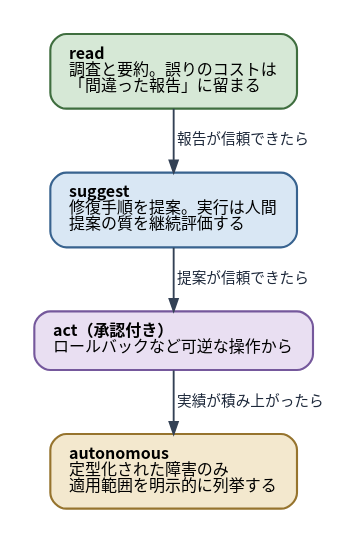
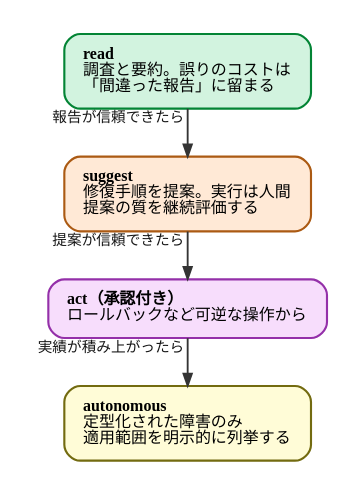
One commit to ymotongpoo/zenn.dev changed the diagram in diagrams/observability-platform-with-otel/20260926-autonomy-stages.dot. Above: the diagram before and after it, drawn with Graphviz. The commit also changed 33 other files, not shown here.

First line of the commit message:
fix(otel-platform): 図16枚を book-diagram-graphviz の規範へ移行する

```diff
--- a/diagrams/observability-platform-with-otel/20260926-autonomy-stages.dot
+++ b/diagrams/observability-platform-with-otel/20260926-autonomy-stages.dot
@@ -1,29 +1,29 @@
 // 自律運用への権限の段階
 digraph autonomy_stages {
   graph [
-    fontname="Harano Aji Gothic,Noto Sans CJK JP,IPAGothic", fontsize=13,
-    rankdir=TB, compound=true, splines=true,
+    fontname="IBM Plex Sans JP", fontsize=13,
+    rankdir=TB, compound=true, splines=ortho,
     nodesep=0.5, ranksep=0.5, pad=0.25,
     bgcolor="white", newrank=true
   ];
   node [
-    fontname="Harano Aji Gothic,Noto Sans CJK JP,IPAGothic", fontsize=12,
+    fontname="IBM Plex Sans JP", fontsize=12,
     shape=box, style="rounded,filled",
-    fillcolor="#F1F5F9", color="#475569", penwidth=1.6,
+    fillcolor="#E4E4E4", color="#4A4A4A", penwidth=1.6,
     margin="0.2,0.14"
   ];
   edge [
-    fontname="Harano Aji Gothic,Noto Sans CJK JP,IPAGothic", fontsize=11,
-    color="#334155", penwidth=1.4, arrowsize=0.9,
-    fontcolor="#1E293B"
+    fontname="IBM Plex Sans JP", fontsize=11,
+    color="#343434", penwidth=1.4, arrowsize=0.9,
+    fontcolor="#171717"
   ];
 
-  read [label=<<b>read</b><br align="left"/>調査と要約。誤りのコストは<br align="left"/>「間違った報告」に留まる<br align="left"/>>, fillcolor="#D6E8D6", color="#3F6E3F"];
-  suggest [label=<<b>suggest</b><br align="left"/>修復手順を提案。実行は人間<br align="left"/>提案の質を継続評価する<br align="left"/>>, fillcolor="#D9E7F4", color="#38638F"];
-  act [label=<<b>act（承認付き）</b><br align="left"/>ロールバックなど可逆な操作から<br align="left"/>>, fillcolor="#E9DFF2", color="#75589C"];
-  autonomous [label=<<b>autonomous</b><br align="left"/>定型化された障害のみ<br align="left"/>適用範囲を明示的に列挙する<br align="left"/>>, fillcolor="#F3E8CE", color="#96742E"];
+  read [label=<<b>read</b><br align="left"/>調査と要約。誤りのコストは<br align="left"/>「間違った報告」に留まる<br align="left"/>>, fillcolor="#D2F3DF", color="#038435"];
+  suggest [label=<<b>suggest</b><br align="left"/>修復手順を提案。実行は人間<br align="left"/>提案の質を継続評価する<br align="left"/>>, fillcolor="#FFE9D6", color="#AB5A13"];
+  act [label=<<b>act（承認付き）</b><br align="left"/>ロールバックなど可逆な操作から<br align="left"/>>, fillcolor="#F7DDFC", color="#9430A9"];
+  autonomous [label=<<b>autonomous</b><br align="left"/>定型化された障害のみ<br align="left"/>適用範囲を明示的に列挙する<br align="left"/>>, fillcolor="#FFFCD7", color="#736B10"];
 
-  read -> suggest [label=" 報告が信頼できたら"];
-  suggest -> act [label=" 提案が信頼できたら"];
-  act -> autonomous [label=" 実績が積み上がったら"];
+  read -> suggest [xlabel=" 報告が信頼できたら"];
+  suggest -> act [xlabel=" 提案が信頼できたら"];
+  act -> autonomous [xlabel=" 実績が積み上がったら"];
 }
```
